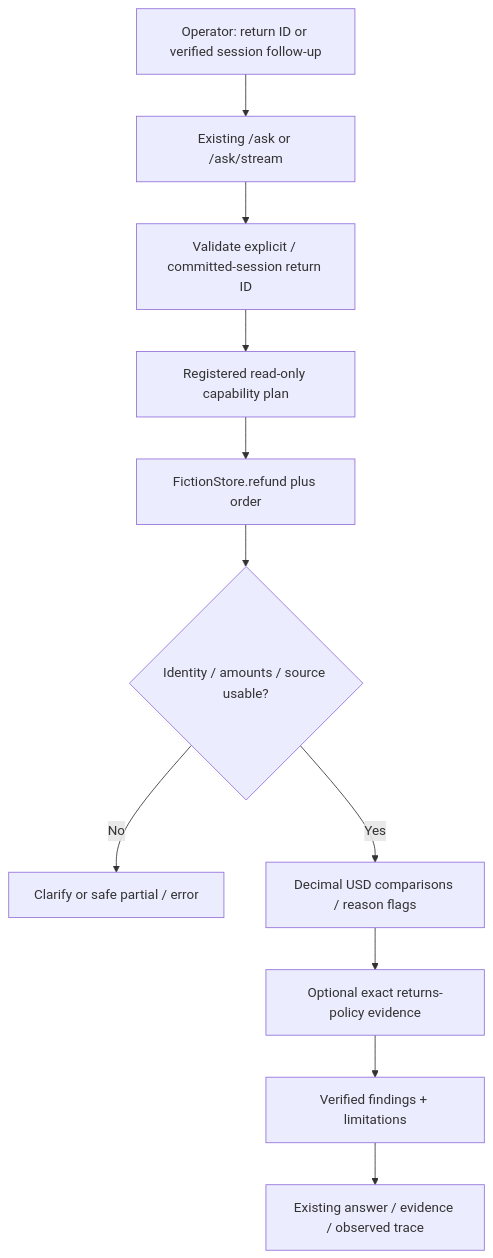
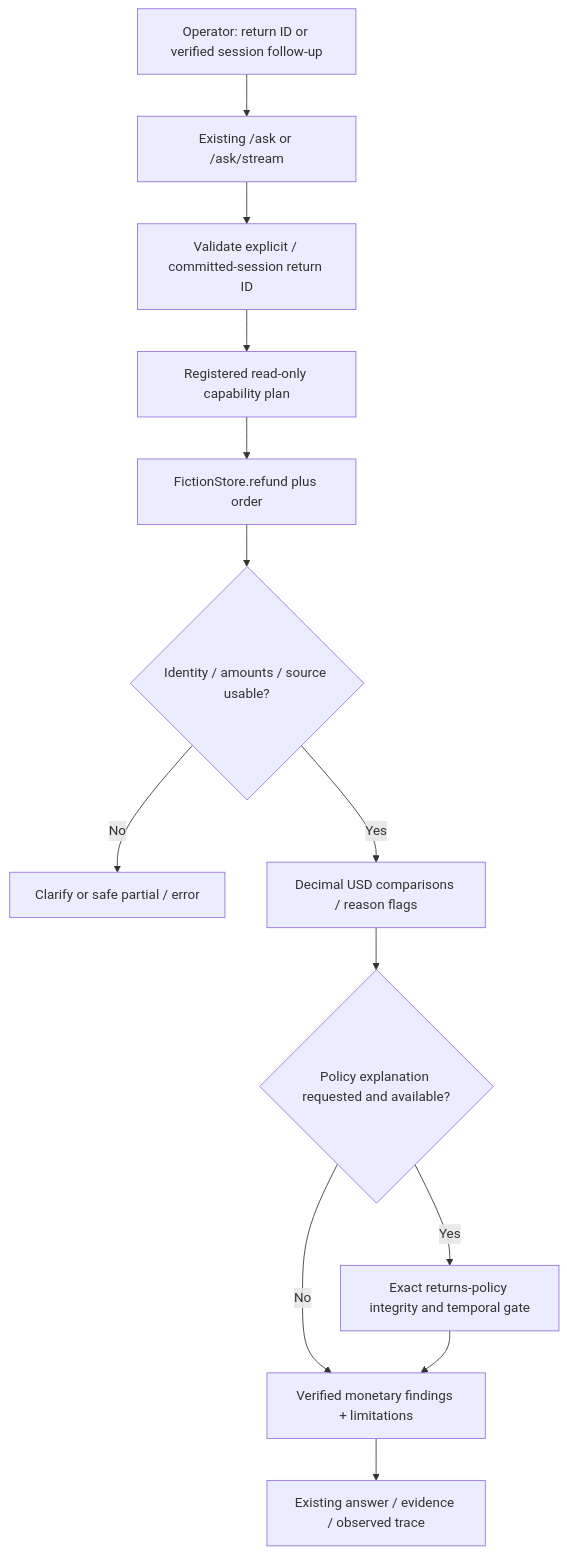
Before and after one commit to hungtvb/retailIQ: the diagram in docs/implementation/UC-02-refund-reconciliation.md, drawn with Mermaid. The commit also changed other lines of this file, not shown here.

Commit message:
docs(uc-02): resolve review on monetary semantics and chat acceptance

```diff
--- a/docs/implementation/UC-02-refund-reconciliation.md
+++ b/docs/implementation/UC-02-refund-reconciliation.md
@@ -19,13 +19,15 @@
 ~~~mermaid
 flowchart TD
     U[Operator: return ID or verified session follow-up] --> API[Existing /ask or /ask/stream]
     API --> CX[Validate explicit / committed-session return ID]
     CX --> PLAN[Registered read-only capability plan]
     PLAN --> SQL[FictionStore.refund plus order]
     SQL --> V{Identity / amounts / source usable?}
     V -->|No| STOP[Clarify or safe partial / error]
     V -->|Yes| CALC[Decimal USD comparisons / reason flags]
-    CALC --> POLICY[Optional exact returns-policy evidence]
-    POLICY --> FINAL[Verified findings + limitations]
+    CALC --> ASK{Policy explanation requested and available?}
+    ASK -->|No| FINAL[Verified monetary findings + limitations]
+    ASK -->|Yes| POLICY[Exact returns-policy integrity and temporal gate]
+    POLICY --> FINAL
     FINAL --> UI[Existing answer / evidence / observed trace]
 ~~~
```
